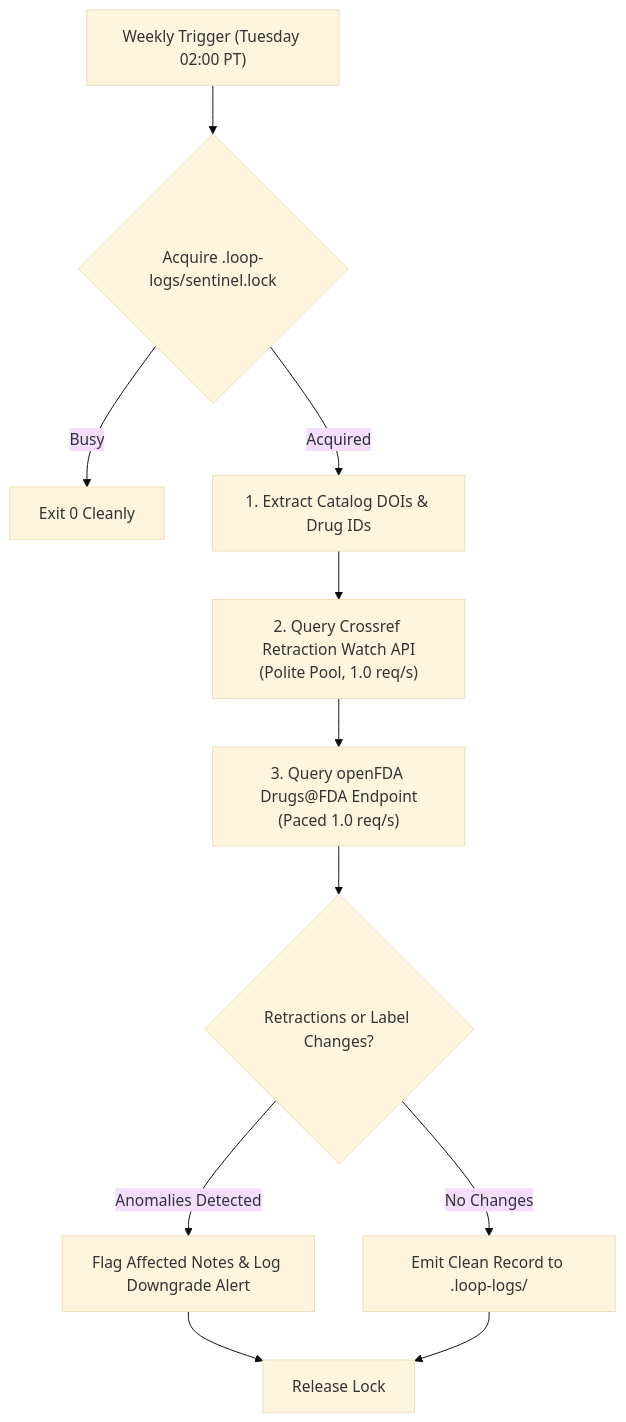
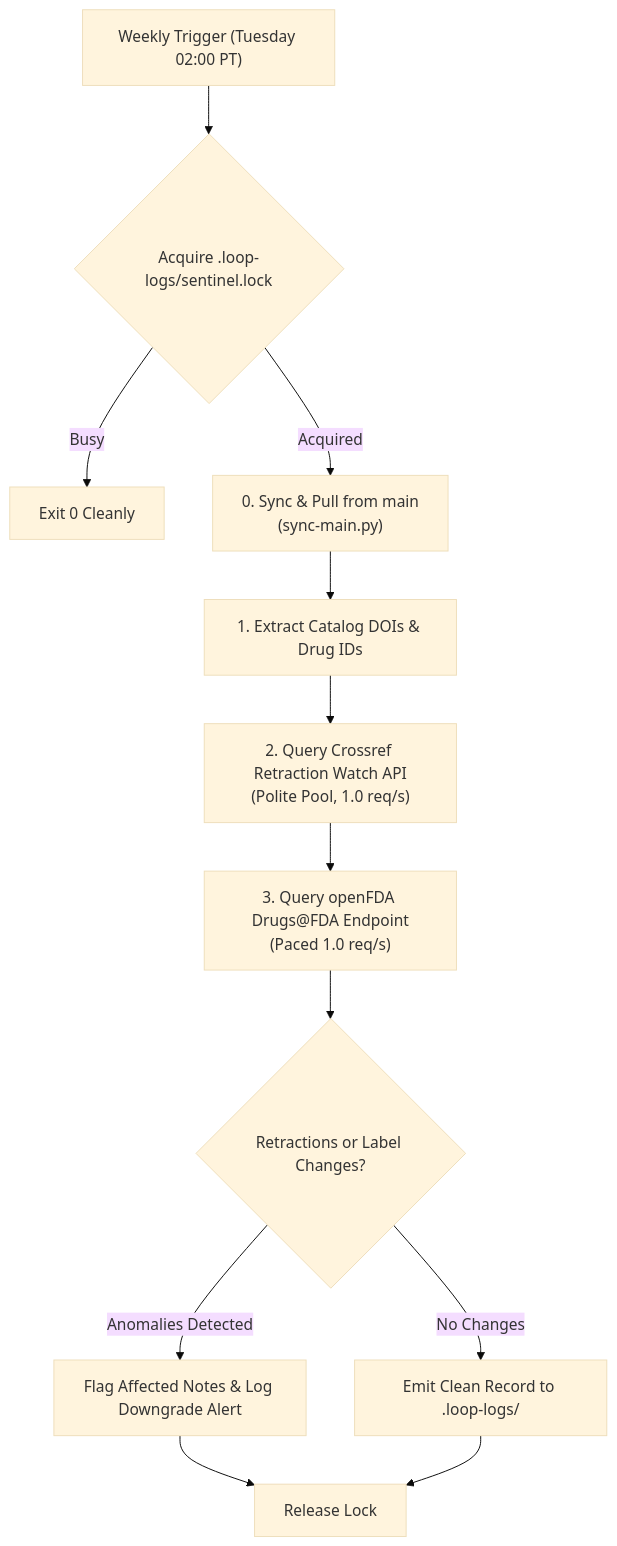
The diagram in .claude/skills/scheduled-evidence-integrity/SKILL.md (senseiewok/cf-lab), drawn with Mermaid (base theme) before and after one commit. The commit also changed other lines of this file and 11 other files, not shown here.

First line of the commit message:
feat(schedules): ensure all schedules pull from main on startup

````diff
--- a/.claude/skills/scheduled-evidence-integrity/SKILL.md
+++ b/.claude/skills/scheduled-evidence-integrity/SKILL.md
@@ -22,13 +22,14 @@
 ```mermaid
 flowchart TD
     Trigger["Weekly Trigger (Tuesday 02:00 PT)"] --> Lock{"Acquire .loop-logs/sentinel.lock"}
     Lock -->|Busy| Exit["Exit 0 Cleanly"]
-    Lock -->|Acquired| S1["1. Extract Catalog DOIs & Drug IDs"]
+    Lock -->|Acquired| Sync["0. Sync & Pull from main\n(sync-main.py)"]
+    Sync --> S1["1. Extract Catalog DOIs & Drug IDs"]
     S1 --> S2["2. Query Crossref Retraction Watch API\n(Polite Pool, 1.0 req/s)"]
     S2 --> S3["3. Query openFDA Drugs@FDA Endpoint\n(Paced 1.0 req/s)"]
     S3 --> Triage{"Retractions or Label Changes?"}
     Triage -->|No Changes| Clean["Emit Clean Record to .loop-logs/"]
     Triage -->|Anomalies Detected| Alert["Flag Affected Notes & Log Downgrade Alert"]
     Alert --> Release["Release Lock"]
     Clean --> Release
 ```
````
